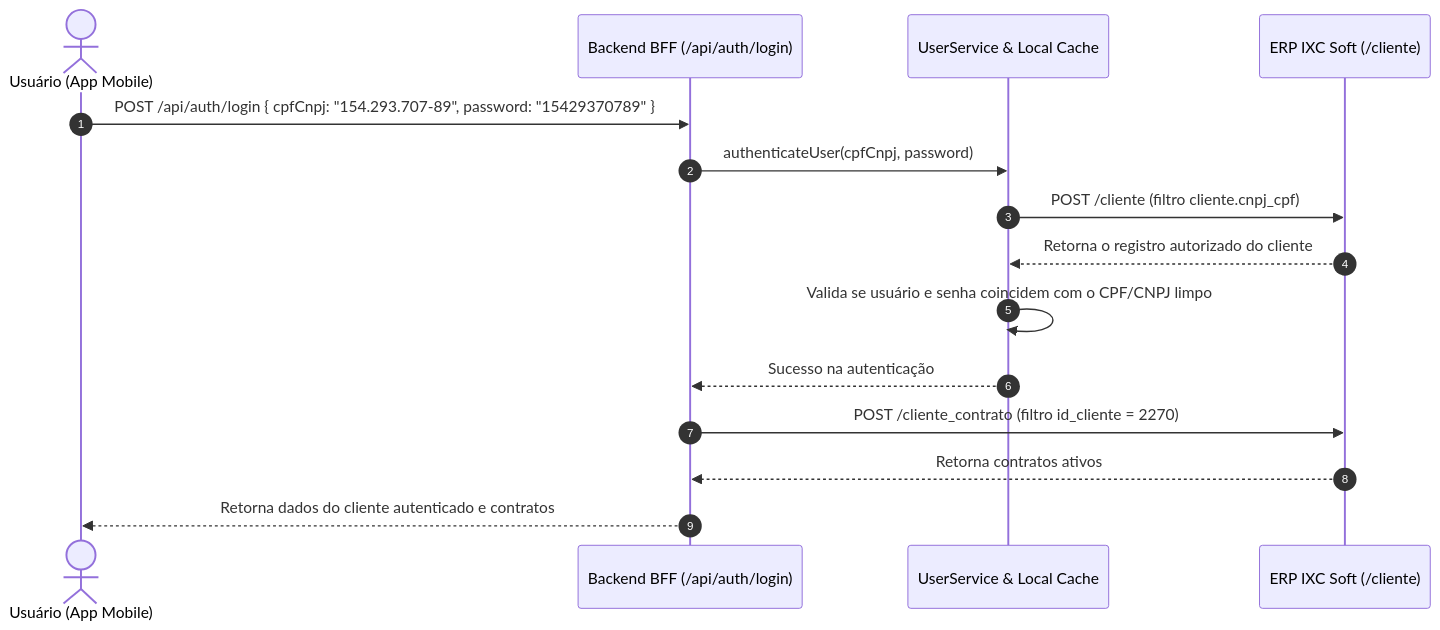
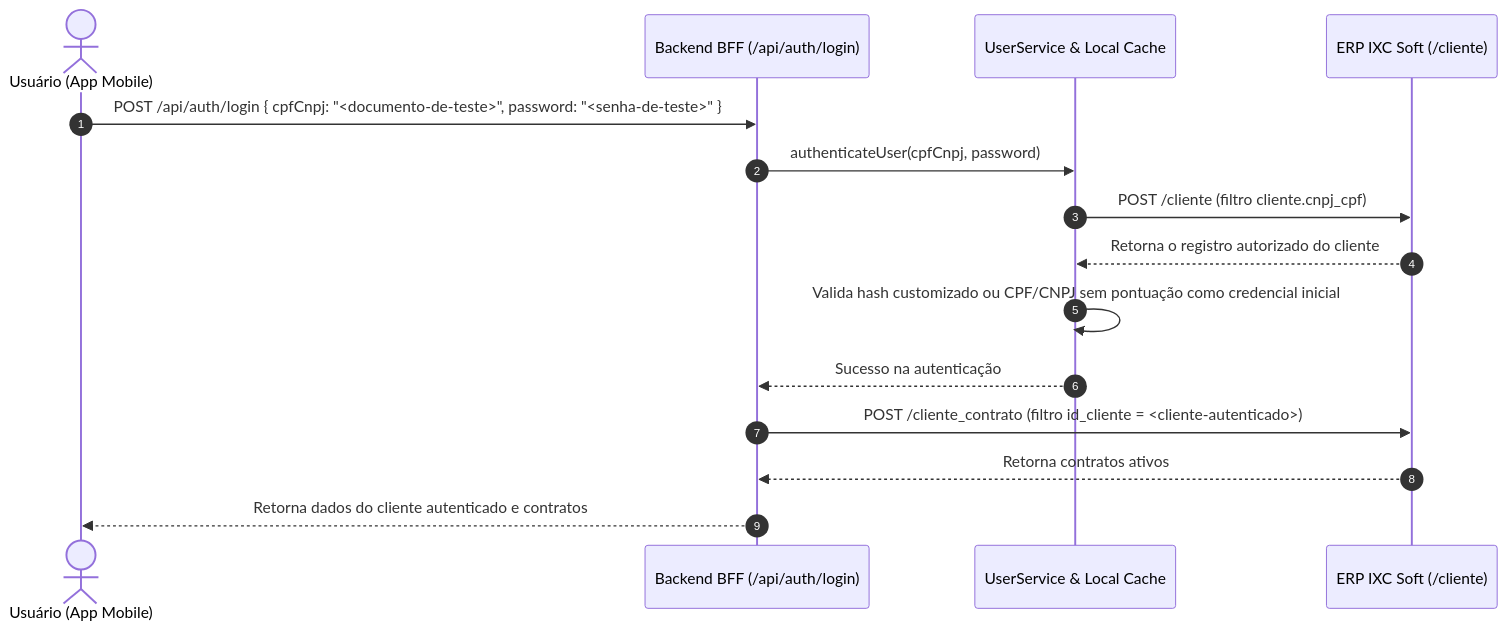
One commit to JPClow3/dbs-telecom changed the third of 5 diagrams in docs/ARQUITETURA.md. Above: the diagram before and after it, drawn with Mermaid. The commit also changed other lines of this file and 7 other files, not shown here.

First line of the commit message:
docs: refresh architecture, API and guardrail docs (#34)

````diff
--- a/docs/ARQUITETURA.md
+++ b/docs/ARQUITETURA.md
@@ -158,18 +158,18 @@
 ```mermaid
 sequenceDiagram
     autonumber
     actor Cliente as Usuário (App Mobile)
     participant BFF as Backend BFF (/api/auth/login)
     participant UserSvc as UserService & Local Cache
     participant IXC as ERP IXC Soft (/cliente)
 
-    Cliente->>BFF: POST /api/auth/login { cpfCnpj: "154.293.707-89", password: "15429370789" }
+    Cliente->>BFF: POST /api/auth/login { cpfCnpj: "<documento-de-teste>", password: "<senha-de-teste>" }
     BFF->>UserSvc: authenticateUser(cpfCnpj, password)
     UserSvc->>IXC: POST /cliente (filtro cliente.cnpj_cpf)
     IXC-->>UserSvc: Retorna o registro autorizado do cliente
-    UserSvc->>UserSvc: Valida se usuário e senha coincidem com o CPF/CNPJ limpo
+    UserSvc->>UserSvc: Valida hash customizado ou CPF/CNPJ sem pontuação como credencial inicial
     UserSvc-->>BFF: Sucesso na autenticação
-    BFF->>IXC: POST /cliente_contrato (filtro id_cliente = 2270)
+    BFF->>IXC: POST /cliente_contrato (filtro id_cliente = <cliente-autenticado>)
     IXC-->>BFF: Retorna contratos ativos
     BFF-->>Cliente: Retorna dados do cliente autenticado e contratos
 ```
````
